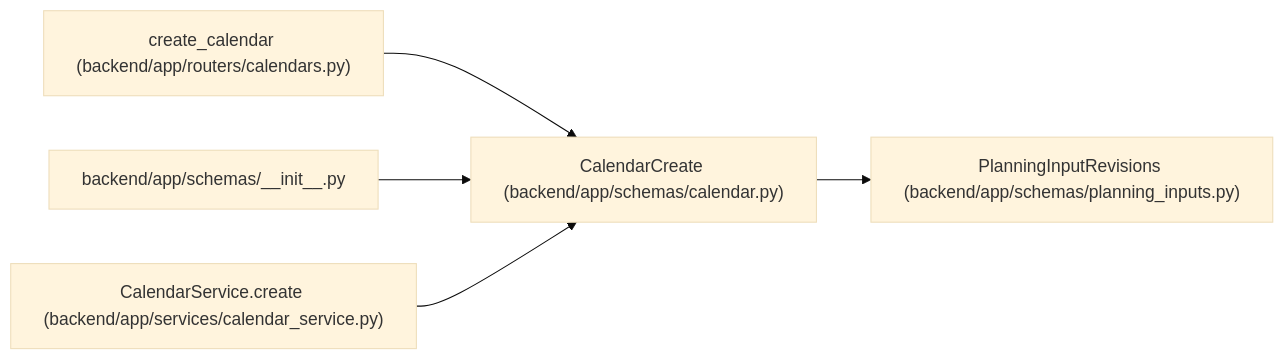
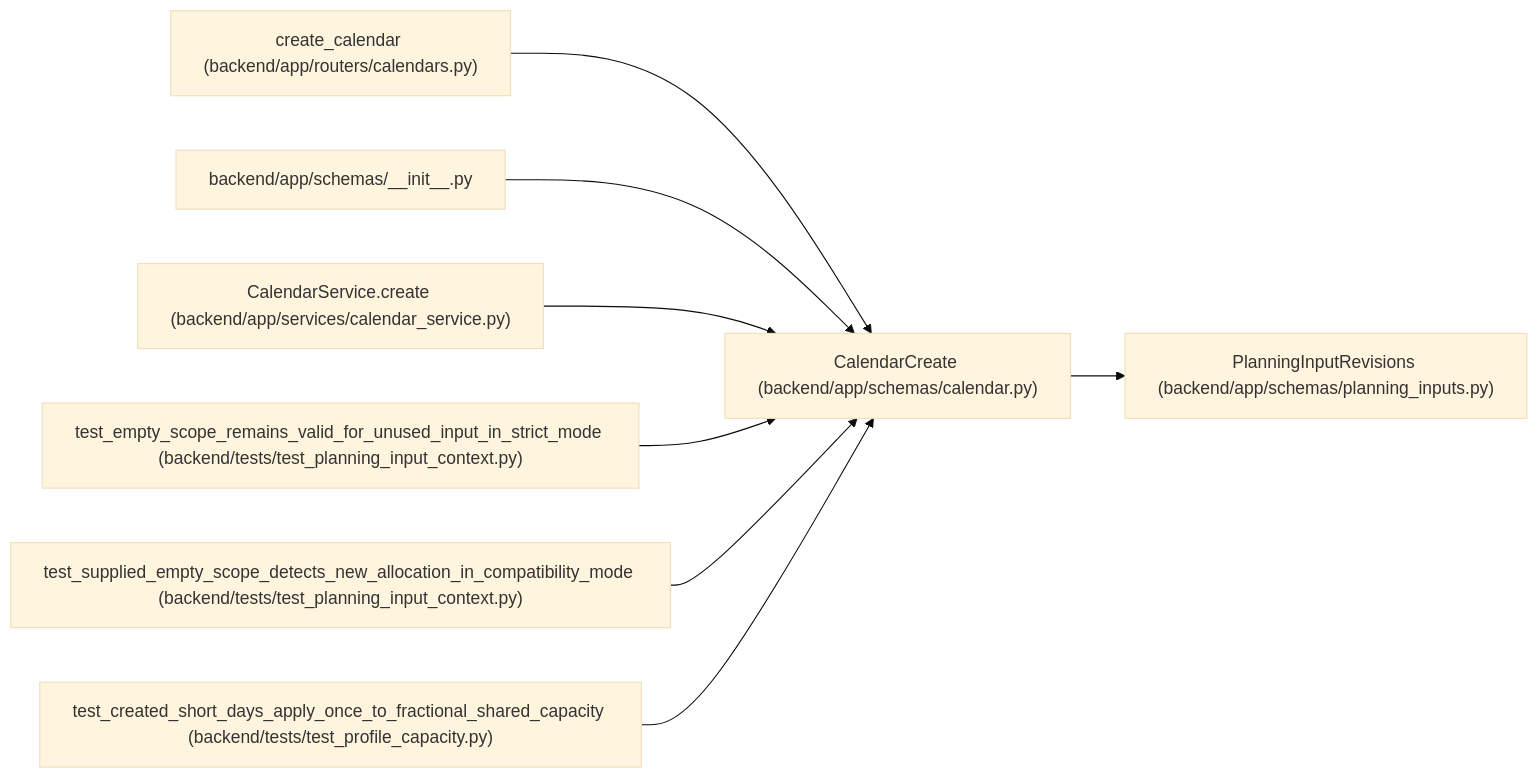
The diagram in docs/llm_wiki/entities/schemas_calendar_CalendarCreate.md (Denissvgn/WorkChord), drawn with Mermaid (base theme) before and after one commit. The commit also changed other lines of this file and 10148 other files, not shown here.

````diff
--- a/docs/llm_wiki/entities/schemas_calendar_CalendarCreate.md
+++ b/docs/llm_wiki/entities/schemas_calendar_CalendarCreate.md
@@ -31,17 +31,26 @@
 ```mermaid
 flowchart LR
     n0["CalendarCreate (backend/app/schemas/calendar.py)"]
     n1["PlanningInputRevisions (backend/app/schemas/planning_inputs.py)"]
     n2["create_calendar (backend/app/routers/calendars.py)"]
     n3["backend/app/schemas/__init__.py"]
     n4["CalendarService.create (backend/app/services/calendar_service.py)"]
+    n5["test_empty_scope_remains_valid_for_unused_input_in_strict_mode (backend/tests/test_planning_input_context.py)"]
+    n6["test_supplied_empty_scope_detects_new_allocation_in_compatibility_mode (backend/tests/test_planning_input_context.py)"]
+    n7["test_created_short_days_apply_once_to_fractional_shared_capacity (backend/tests/test_profile_capacity.py)"]
     n0 --> n1
     n2 --> n0
     n3 --> n0
     n4 --> n0
+    n5 --> n0
+    n6 --> n0
+    n7 --> n0
     click n0 "../modules/schemas_calendar.md"
     click n1 "../modules/planning_inputs.md"
     click n2 "../modules/calendars.md"
     click n3 "../modules/schemas___init__.md"
     click n4 "../modules/calendar_service.md"
+    click n5 "../modules/test_planning_input_context.md"
+    click n6 "../modules/test_planning_input_context.md"
+    click n7 "../modules/test_profile_capacity.md"
 ```
````
